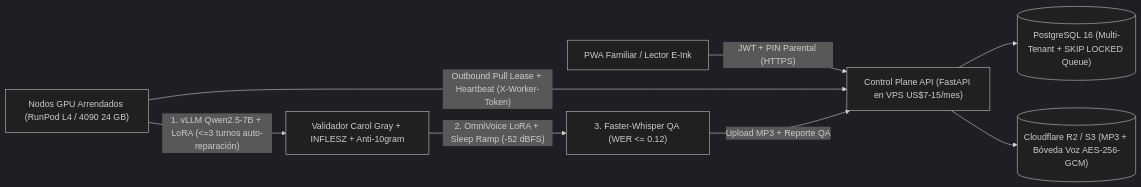
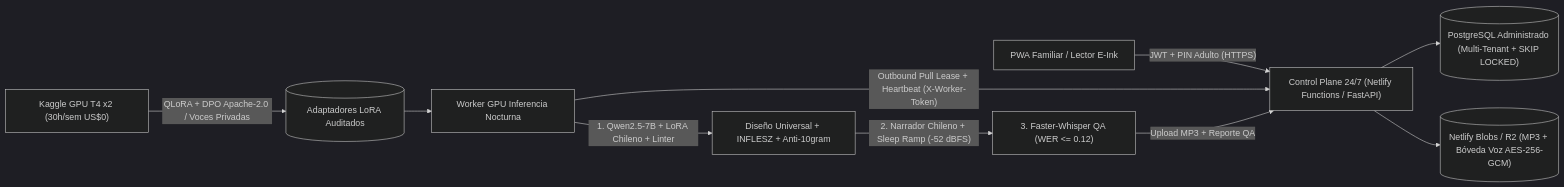
Before and after one commit to jabenoitv/un-cuento-un-abrazo: the diagram in platform/ARCHITECTURE_SCALE.md, drawn with Mermaid (dark theme). The commit also changed other lines of this file and 10 other files, not shown here.

Commit message:
feat(training): add Kaggle GPU T4x2 QLoRA+DPO and private Chilean voice actor training pipeline

````diff
--- a/platform/ARCHITECTURE_SCALE.md
+++ b/platform/ARCHITECTURE_SCALE.md
@@ -9,10 +9,12 @@
 ```mermaid
 flowchart LR
-    PWA["PWA Familiar / Lector E-Ink"] -->|"JWT + PIN Parental (HTTPS)"| API["Control Plane API (FastAPI en VPS US$7-15/mes)"]
-    API --> PG[("PostgreSQL 16 (Multi-Tenant + SKIP LOCKED Queue)")]
-    API --> R2[("Cloudflare R2 / S3 (MP3 + Bóveda Voz AES-256-GCM)")]
-    GPU["Nodos GPU Arrendados (RunPod L4 / 4090 24 GB)"] -->|"Outbound Pull Lease + Heartbeat (X-Worker-Token)"| API
-    GPU -->|"1. vLLM Qwen2.5-7B + LoRA (<=3 turnos auto-reparación)"| LINT["Validador Carol Gray + INFLESZ + Anti-10gram"]
-    LINT -->|"2. OmniVoice LoRA + Sleep Ramp (-52 dBFS)"| ASR["3. Faster-Whisper QA (WER <= 0.12)"]
+    KAG["Kaggle GPU T4 x2 (30h/sem US$0)"] -->|"QLoRA + DPO Apache-2.0 / Voces Privadas"| ADAPT[("Adaptadores LoRA Auditados")]
+    PWA["PWA Familiar / Lector E-Ink"] -->|"JWT + PIN Adulto (HTTPS)"| API["Control Plane 24/7 (Netlify Functions / FastAPI)"]
+    API --> PG[("PostgreSQL Administrado (Multi-Tenant + SKIP LOCKED)")]
+    API --> R2[("Netlify Blobs / R2 (MP3 + Bóveda Voz AES-256-GCM)")]
+    ADAPT --> GPU["Worker GPU Inferencia Nocturna"]
+    GPU -->|"Outbound Pull Lease + Heartbeat (X-Worker-Token)"| API
+    GPU -->|"1. Qwen2.5-7B + LoRA Chileno + Linter"| LINT["Diseño Universal + INFLESZ + Anti-10gram"]
+    LINT -->|"2. Narrador Chileno + Sleep Ramp (-52 dBFS)"| ASR["3. Faster-Whisper QA (WER <= 0.12)"]
     ASR -->|"Upload MP3 + Reporte QA"| API
 ```
````
